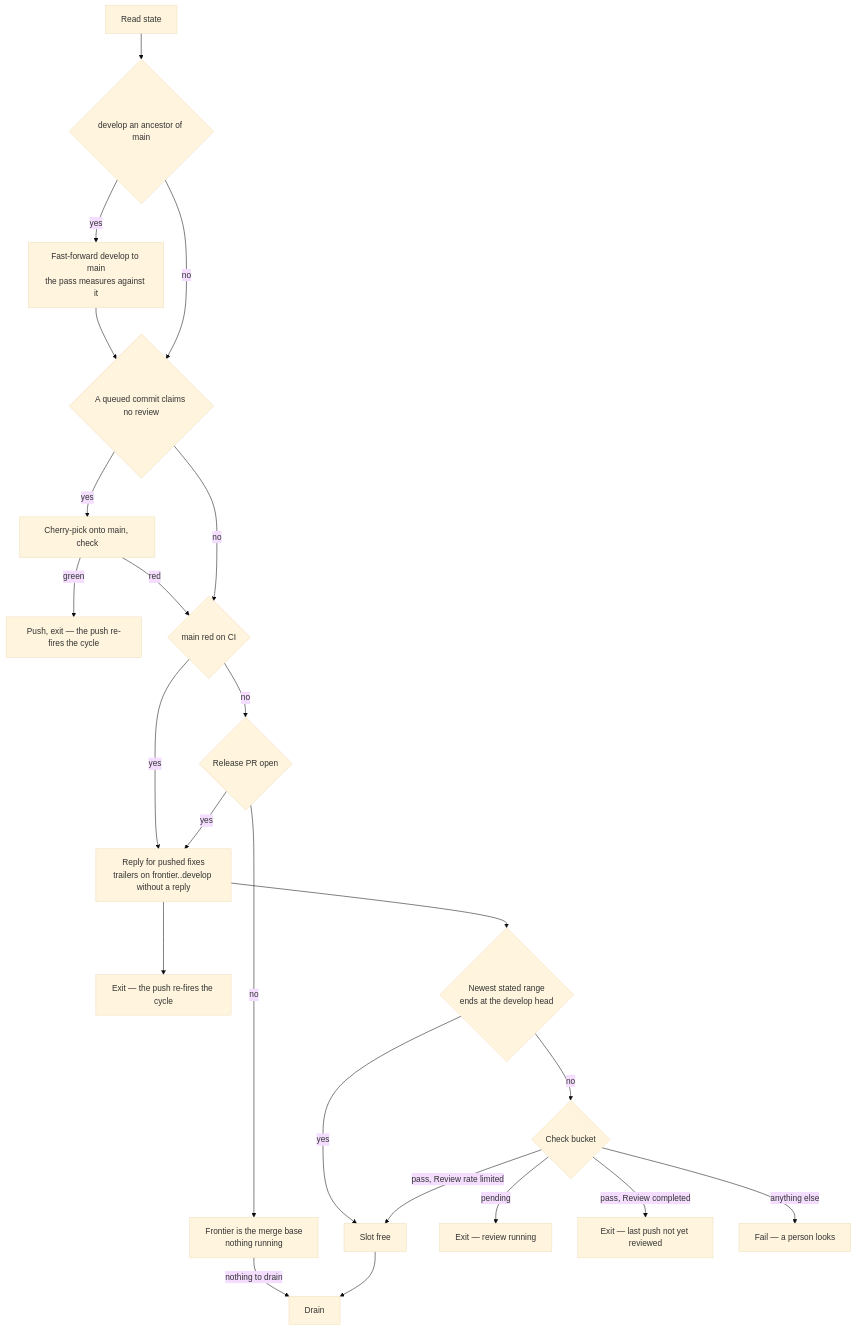
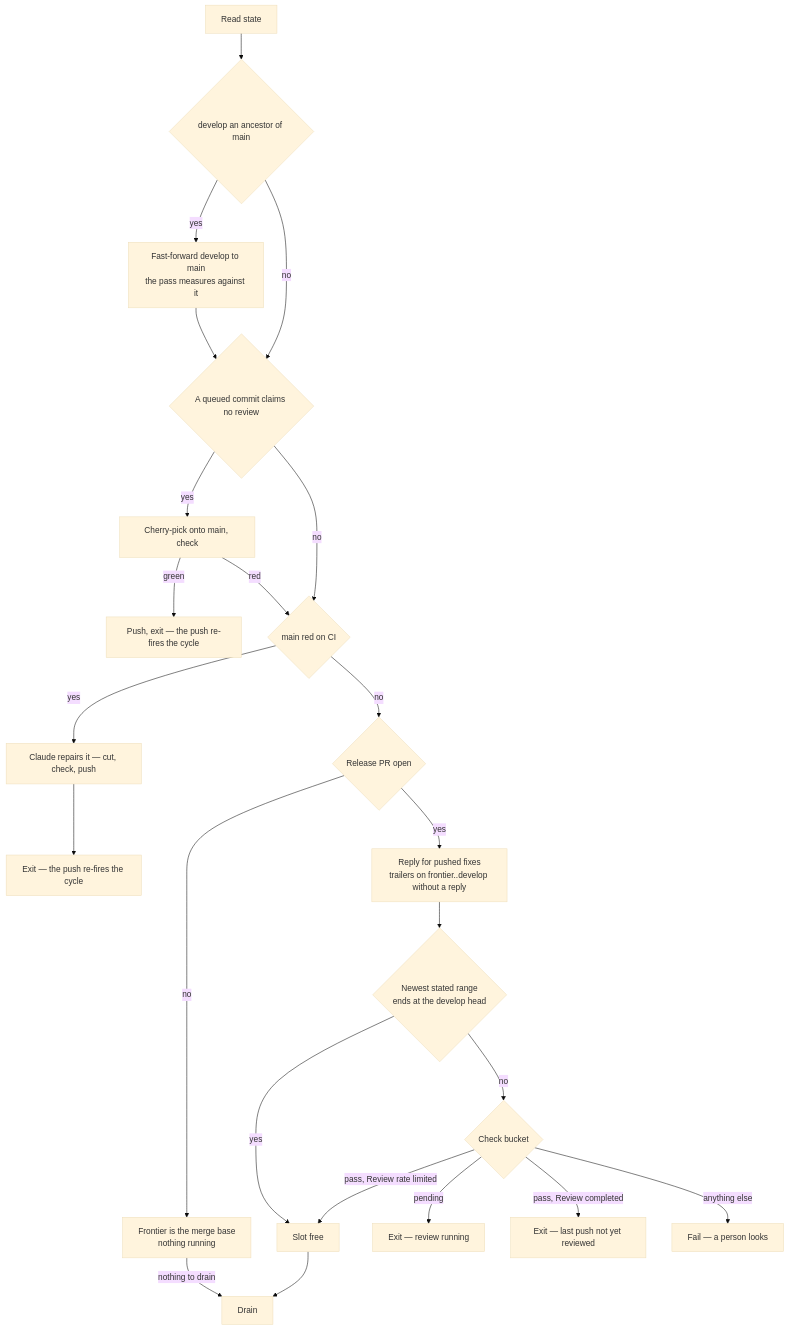
The first of 4 diagrams in apps/web/content/docs/infra/review-collector/collection-cycle.md (Esposter/Esposter), drawn with Mermaid (base theme) before and after one commit. The commit also changed 1 other file, not shown here.

Commit message:
docs(review-collector): the reply node is its own in the cycle diagrams
Each flowchart declared `RP` twice — the repair node and the reply node — which Mermaid
reads as one node, so the two paths collapsed and the diagram drew edges neither has.
The reply is `RE` in both.

Answers: 4035990327

````diff
--- a/apps/web/content/docs/infra/review-collector/collection-cycle.md
+++ b/apps/web/content/docs/infra/review-collector/collection-cycle.md
@@ -40,22 +40,22 @@
 ```mermaid
 flowchart TD
   S[Read state] --> RS{develop an ancestor of main}
   RS -->|yes| FF[Fast-forward develop to main<br/>the pass measures against it] --> EL
   RS -->|no| EL{A queued commit claims no review}
   EL -->|yes| CP[Cherry-pick onto main, check]
   CP -->|green| X3[Push, exit — the push re-fires the cycle]
   CP -->|red| MR
   EL -->|no| MR{main red on CI}
   MR -->|yes| RP[Claude repairs it — cut, check, push] --> X6[Exit — the push re-fires the cycle]
   MR -->|no| PR{Release PR open}
   PR -->|no| MB[Frontier is the merge base<br/>nothing running] -->|nothing to drain| D
-  PR -->|yes| RP[Reply for pushed fixes<br/>trailers on frontier..develop without a reply]
-  RP --> B{Newest stated range<br/>ends at the develop head}
+  PR -->|yes| RE[Reply for pushed fixes<br/>trailers on frontier..develop without a reply]
+  RE --> B{Newest stated range<br/>ends at the develop head}
   B -->|yes| OK[Slot free]
   B -->|no| ST{Check bucket}
   ST -->|pending| X1[Exit — review running]
   ST -->|pass, Review completed| X2[Exit — last push not yet reviewed]
   ST -->|pass, Review rate limited| OK
   ST -->|anything else| X4[Fail — a person looks]
   OK --> D[Drain]
 ```
````
